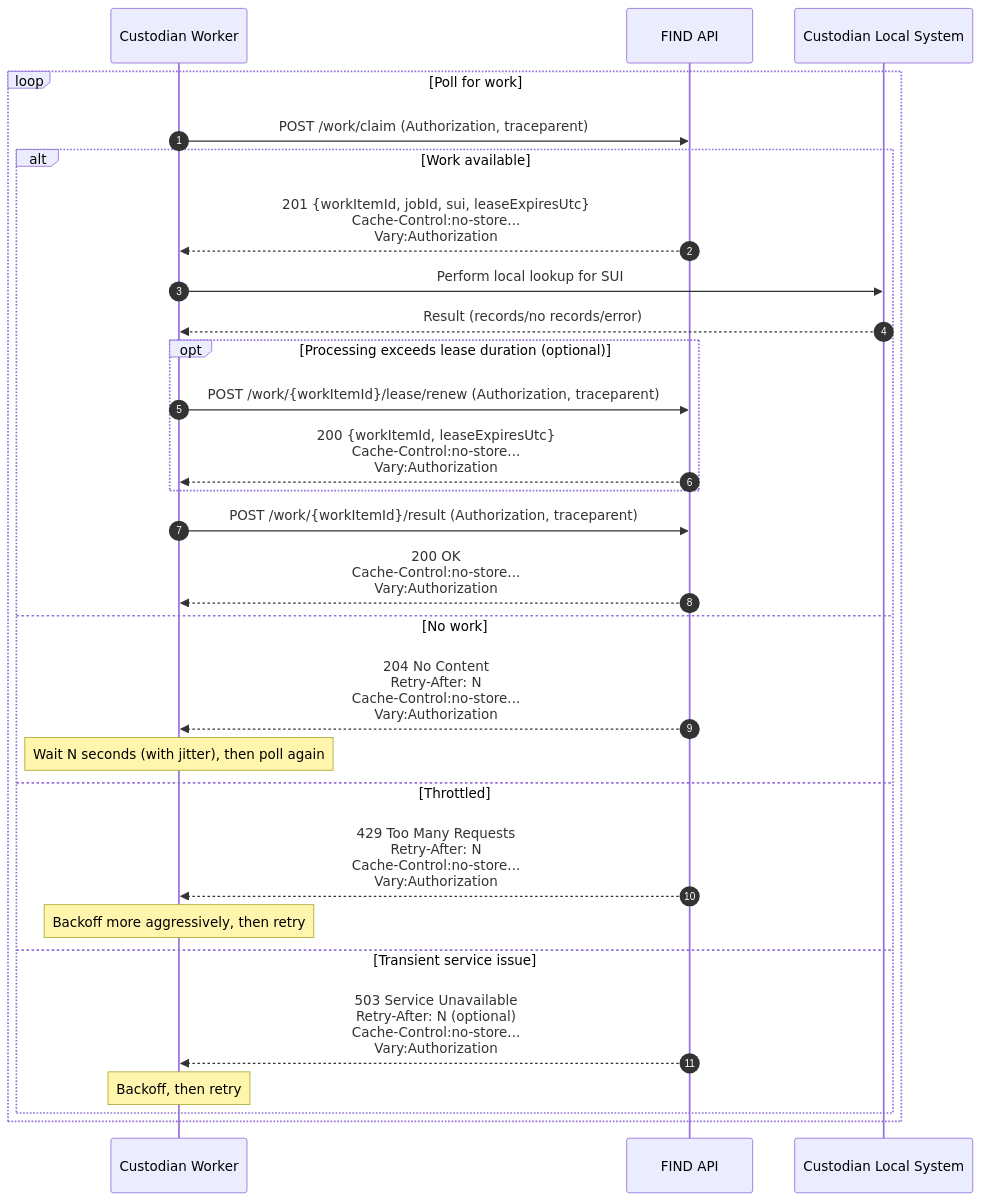
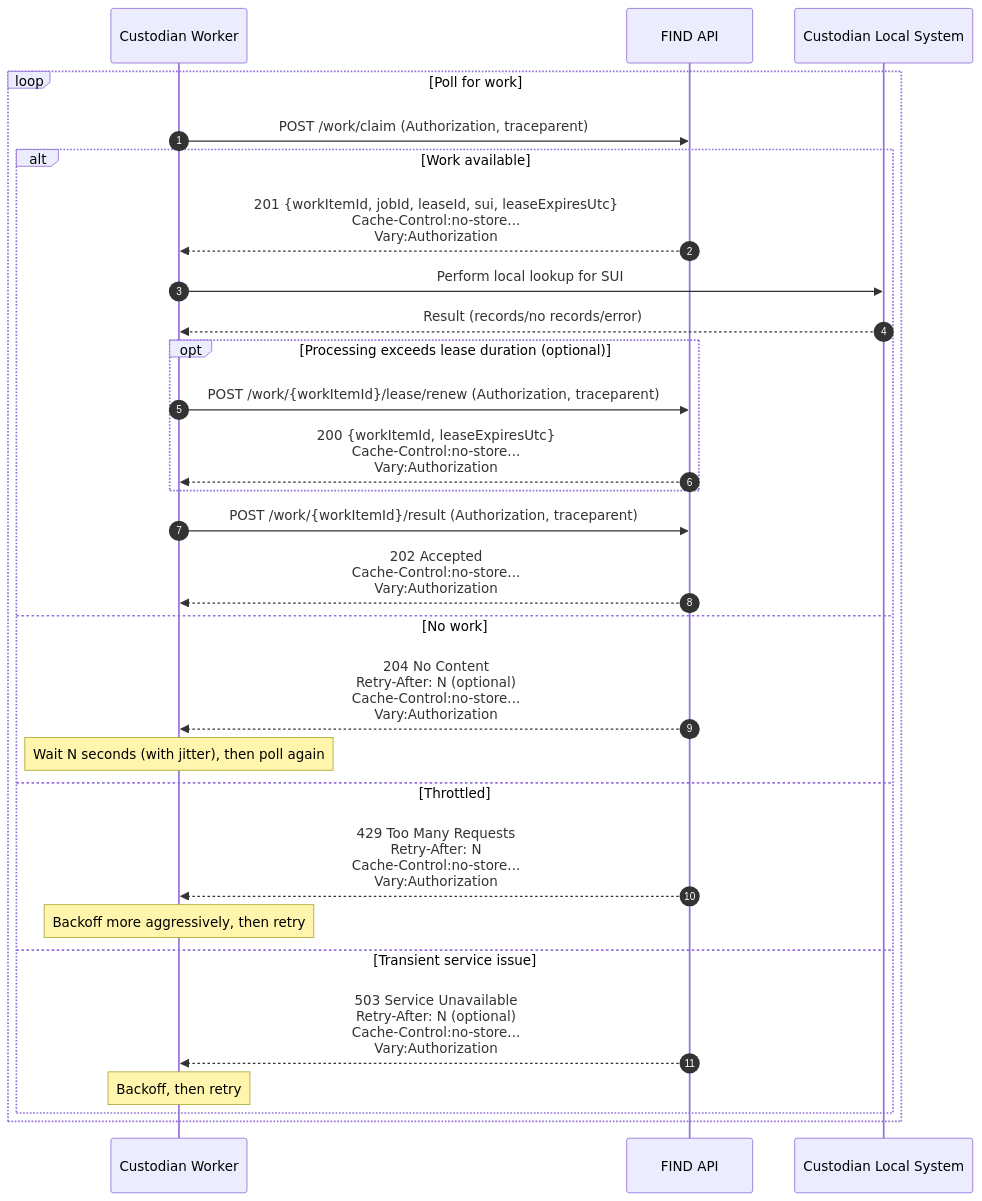
One commit to DFE-Digital/single-unique-identifier changed the diagram in Docs/Design/Variants/PollingDiscovery/Polling/Endpoints.md. Above: the diagram before and after it, drawn with Mermaid. The commit also changed other lines of this file, not shown here.

````diff
--- a/Docs/Design/Variants/PollingDiscovery/Polling/Endpoints.md
+++ b/Docs/Design/Variants/PollingDiscovery/Polling/Endpoints.md
@@ -222,33 +243,33 @@
 ```mermaid
 sequenceDiagram
     autonumber
     participant C as Custodian Worker
     participant F as FIND API
     participant S as Custodian Local System
 
     loop Poll for work
         C->>F: POST /work/claim (Authorization, traceparent)
         alt Work available
-            F-->>C: 201 {workItemId, jobId, sui, leaseExpiresUtc}<br/>Cache-Control:no-store...<br/>Vary:Authorization
+            F-->>C: 201 {workItemId, jobId, leaseId, sui, leaseExpiresUtc}<br/>Cache-Control:no-store...<br/>Vary:Authorization
             C->>S: Perform local lookup for SUI
             S-->>C: Result (records/no records/error)
 
             opt Processing exceeds lease duration (optional)
                 C->>F: POST /work/{workItemId}/lease/renew (Authorization, traceparent)
                 F-->>C: 200 {workItemId, leaseExpiresUtc}<br/>Cache-Control:no-store...<br/>Vary:Authorization
             end
 
             C->>F: POST /work/{workItemId}/result (Authorization, traceparent)
-            F-->>C: 200 OK<br/>Cache-Control:no-store...<br/>Vary:Authorization
+            F-->>C: 202 Accepted<br/>Cache-Control:no-store...<br/>Vary:Authorization
         else No work
-            F-->>C: 204 No Content<br/>Retry-After: N<br/>Cache-Control:no-store...<br/>Vary:Authorization
+            F-->>C: 204 No Content<br/>Retry-After: N (optional)<br/>Cache-Control:no-store...<br/>Vary:Authorization
             Note over C: Wait N seconds (with jitter), then poll again
         else Throttled
             F-->>C: 429 Too Many Requests<br/>Retry-After: N<br/>Cache-Control:no-store...<br/>Vary:Authorization
             Note over C: Backoff more aggressively, then retry
         else Transient service issue
             F-->>C: 503 Service Unavailable<br/>Retry-After: N (optional)<br/>Cache-Control:no-store...<br/>Vary:Authorization
             Note over C: Backoff, then retry
         end
     end
 ```
````
